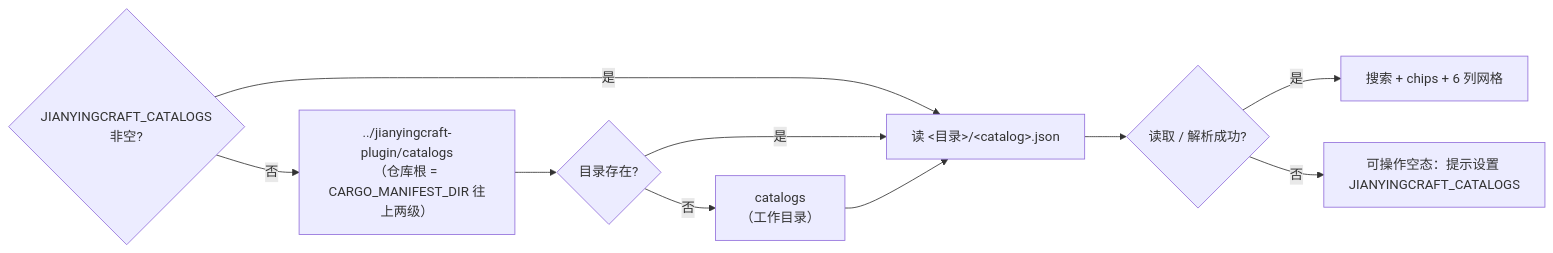
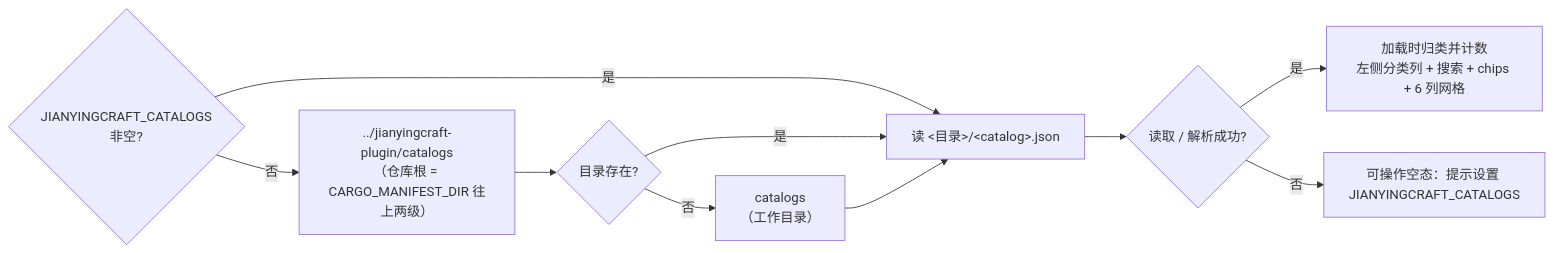
Before and after one commit to full-aigc-plugins/jianyingcraft: the second of 2 diagrams in docs/derivation/02-ia-mapping.md, drawn with Mermaid. The commit also changed other lines of this file and 3 other files, not shown here.

````diff
--- a/docs/derivation/02-ia-mapping.md
+++ b/docs/derivation/02-ia-mapping.md
@@ -229,13 +229,13 @@
 ```mermaid
 flowchart LR
   A{"JIANYINGCRAFT_CATALOGS<br/>非空?"}
   A -->|是| Z["读 &lt;目录&gt;/&lt;catalog&gt;.json"]
   A -->|否| C["../jianyingcraft-plugin/catalogs<br/>（仓库根 = CARGO_MANIFEST_DIR 往上两级）"]
   C --> D{"目录存在?"}
   D -->|是| Z
   D -->|否| E["catalogs<br/>（工作目录）"]
   E --> Z
   Z --> F{"读取 / 解析成功?"}
-  F -->|是| G["搜索 + chips + 6 列网格"]
+  F -->|是| G["加载时归类并计数<br/>左侧分类列 + 搜索 + chips + 6 列网格"]
   F -->|否| H["可操作空态：提示设置 JIANYINGCRAFT_CATALOGS"]
 ```
````
